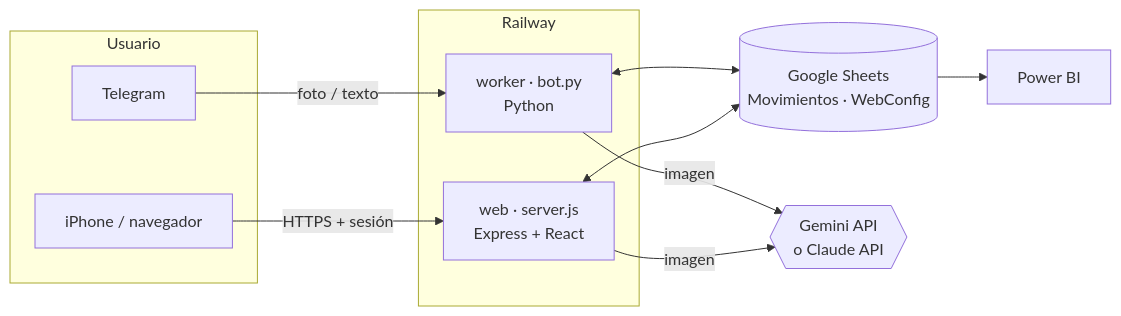
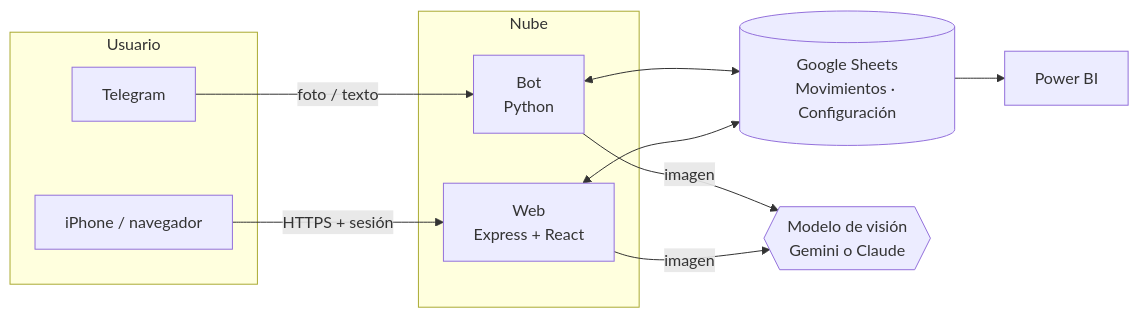
One commit to AlonsoLS04/vuelto-portafolio changed the diagram in docs/arquitectura.md. Above: the diagram before and after it, drawn with Mermaid. The commit also changed other lines of this file and 11 other files, not shown here.

````diff
--- a/docs/arquitectura.md
+++ b/docs/arquitectura.md
@@ -11,22 +11,22 @@
 ```mermaid
 flowchart LR
     subgraph Usuario
       T[Telegram]
       W[iPhone / navegador]
     end
-    subgraph Railway
-      B["worker · bot.py<br/>Python"]
-      S["web · server.js<br/>Express + React"]
+    subgraph Nube
+      B["Bot<br/>Python"]
+      S["Web<br/>Express + React"]
     end
-    G[("Google Sheets<br/>Movimientos · WebConfig")]
-    V{{"Gemini API<br/>o Claude API"}}
+    G[("Google Sheets<br/>Movimientos · Configuración")]
+    V{{"Modelo de visión<br/>Gemini o Claude"}}
     P[Power BI]
 
     T -- foto / texto --> B
     W -- HTTPS + sesión --> S
     B -- imagen --> V
     S -- imagen --> V
     B <--> G
     S <--> G
     G --> P
 ```
````
